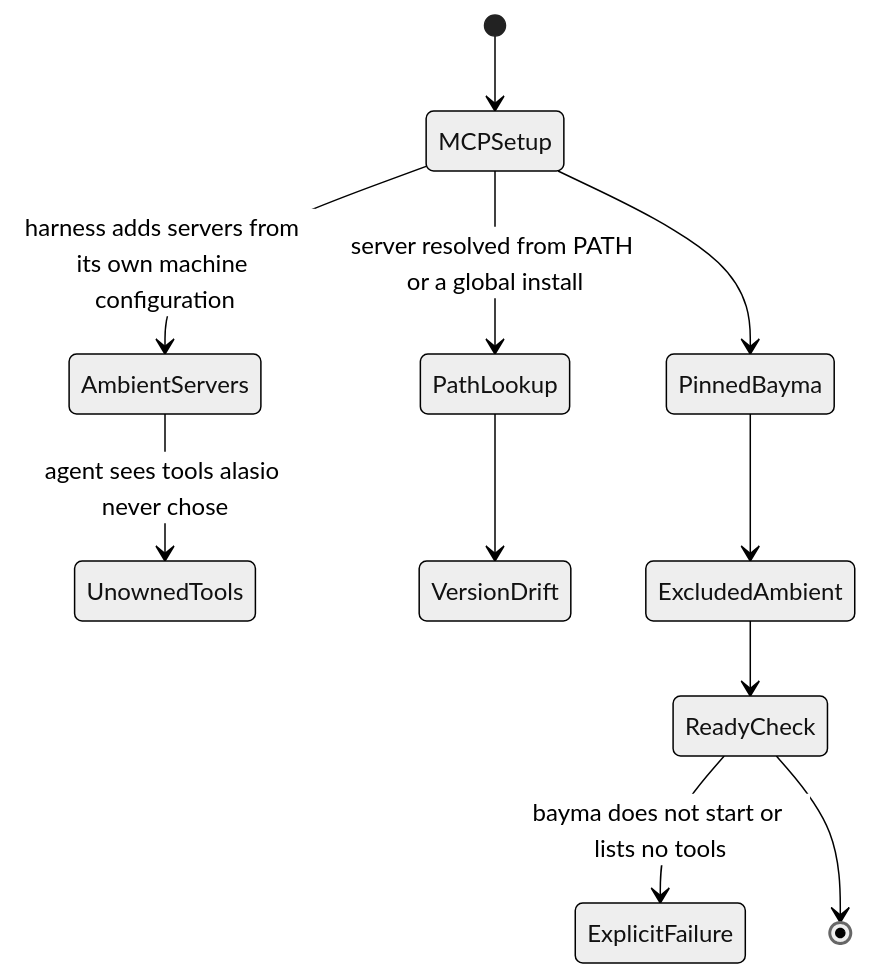
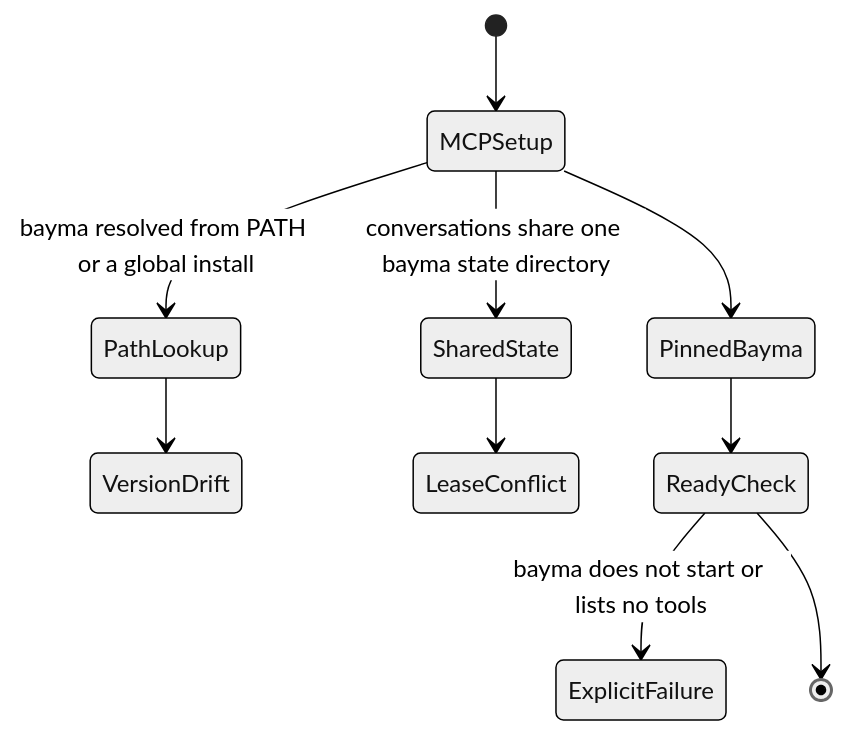
Before and after one commit to eaucoin/alasio: the third of 3 diagrams in src/mcp/README.md, drawn with Mermaid (neutral theme). The commit also changed other lines of this file and 14 other files, not shown here.

First line of the commit message:
Load each harness's own MCP servers alongside bayma

````diff
--- a/src/mcp/README.md
+++ b/src/mcp/README.md
@@ -30,13 +31,12 @@
 ```mermaid
 stateDiagram-v2
   [*] --> MCPSetup
-  MCPSetup --> AmbientServers: harness adds servers from its own machine configuration
-  AmbientServers --> UnownedTools: agent sees tools alasio never chose
-  MCPSetup --> PathLookup: server resolved from PATH or a global install
+  MCPSetup --> PathLookup: bayma resolved from PATH or a global install
   PathLookup --> VersionDrift
+  MCPSetup --> SharedState: conversations share one bayma state directory
+  SharedState --> LeaseConflict
   MCPSetup --> PinnedBayma
-  PinnedBayma --> ExcludedAmbient
-  ExcludedAmbient --> ReadyCheck
+  PinnedBayma --> ReadyCheck
   ReadyCheck --> ExplicitFailure: bayma does not start or lists no tools
   ReadyCheck --> [*]
 ```
````
